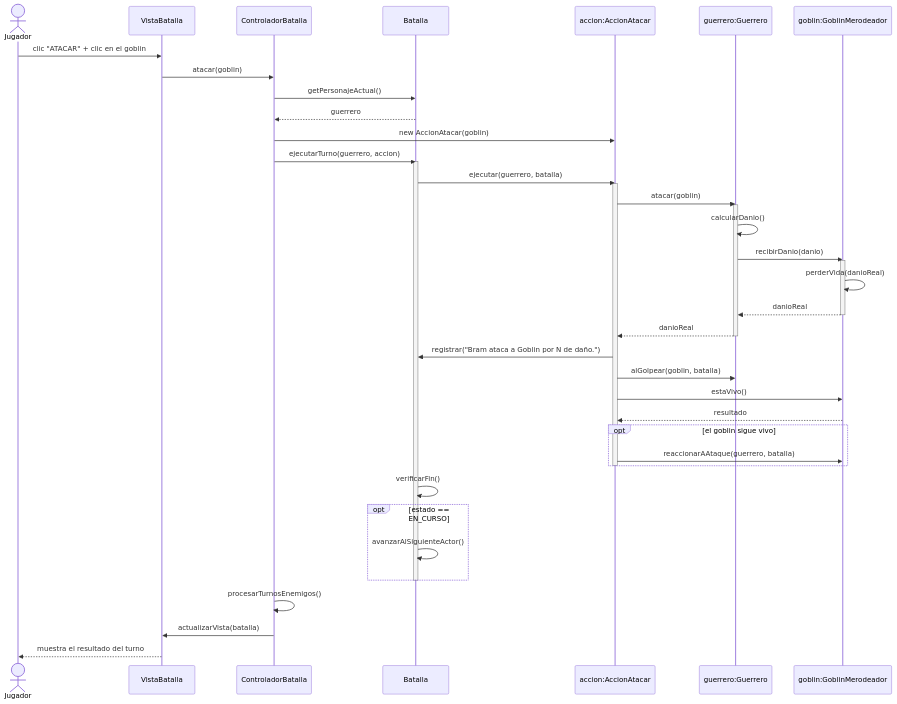
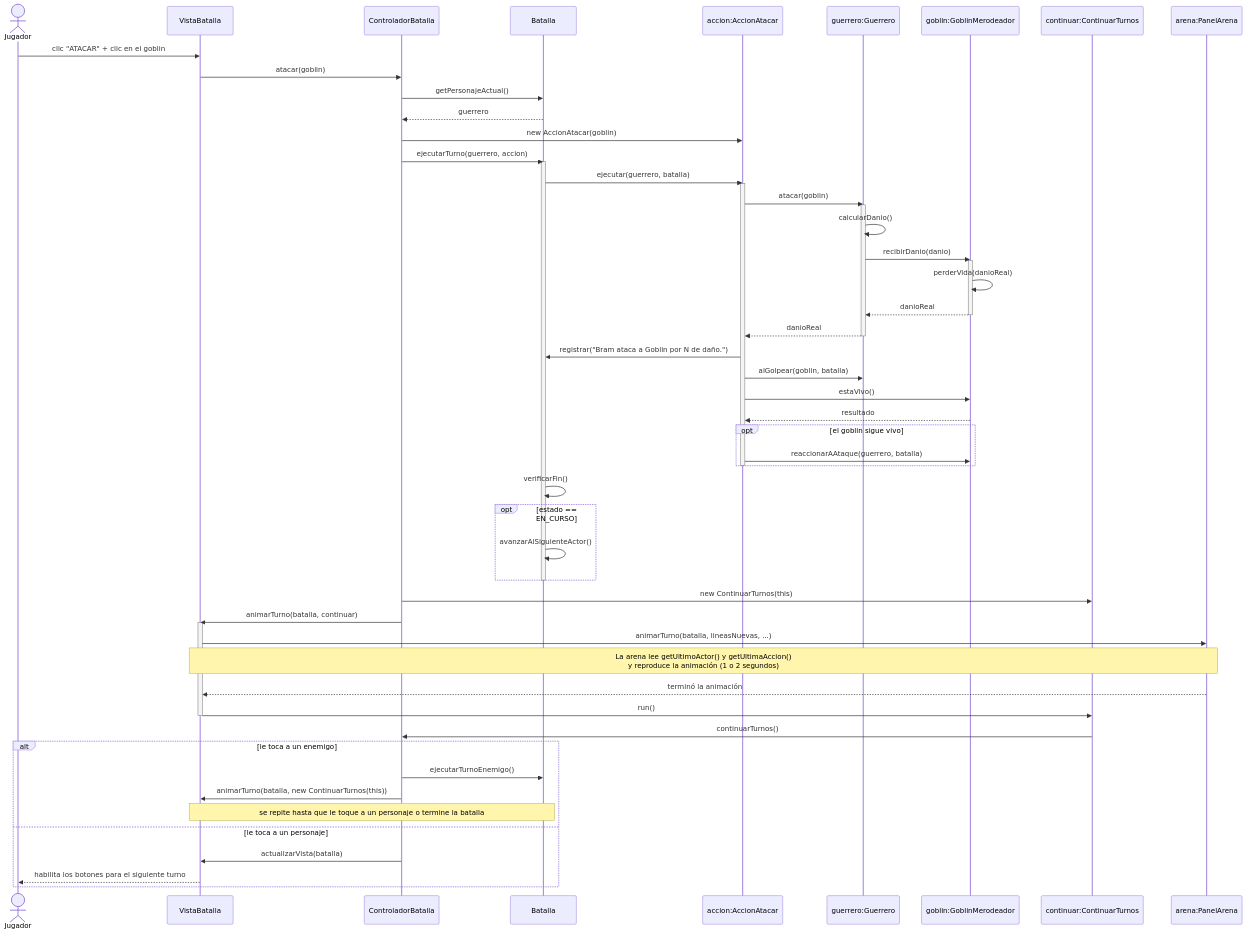
The diagram in AshbornRise/diagramas/secuencia1_ataque.mmd (guidoalongi/ashbornRise), drawn with Mermaid before and after one commit. The commit also changed 25 other files, not shown here.

First line of the commit message:
Interfaces entre controladores y vista, Comparator para el orden de turnos y diagramas actualizados

```diff
--- a/AshbornRise/diagramas/secuencia1_ataque.mmd
+++ b/AshbornRise/diagramas/secuencia1_ataque.mmd
@@ -1,44 +1,60 @@
 sequenceDiagram
     actor Jugador
     participant VB as VistaBatalla
     participant CB as ControladorBatalla
     participant B as Batalla
     participant AA as accion:AccionAtacar
     participant G as guerrero:Guerrero
     participant GO as goblin:GoblinMerodeador
+    participant CT as continuar:ContinuarTurnos
+    participant PA as arena:PanelArena
 
     Jugador->>VB: clic "ATACAR" + clic en el goblin
     VB->>CB: atacar(goblin)
     CB->>B: getPersonajeActual()
     B-->>CB: guerrero
     CB->>AA: new AccionAtacar(goblin)
     CB->>B: ejecutarTurno(guerrero, accion)
     activate B
     B->>AA: ejecutar(guerrero, batalla)
     activate AA
     AA->>G: atacar(goblin)
     activate G
     G->>G: calcularDanio()
     G->>GO: recibirDanio(danio)
     activate GO
     GO->>GO: perderVida(danioReal)
     GO-->>G: danioReal
     deactivate GO
     G-->>AA: danioReal
     deactivate G
     AA->>B: registrar("Bram ataca a Goblin por N de daño.")
     AA->>G: alGolpear(goblin, batalla)
     AA->>GO: estaVivo()
     GO-->>AA: resultado
     opt el goblin sigue vivo
         AA->>GO: reaccionarAAtaque(guerrero, batalla)
     end
     deactivate AA
     B->>B: verificarFin()
     opt estado == EN_CURSO
         B->>B: avanzarAlSiguienteActor()
     end
     deactivate B
-    CB->>CB: procesarTurnosEnemigos()
-    CB->>VB: actualizarVista(batalla)
-    VB-->>Jugador: muestra el resultado del turno
+    CB->>CT: new ContinuarTurnos(this)
+    CB->>VB: animarTurno(batalla, continuar)
+    activate VB
+    VB->>PA: animarTurno(batalla, lineasNuevas, ...)
+    Note over VB,PA: La arena lee getUltimoActor() y getUltimaAccion()<br/>y reproduce la animación (1 o 2 segundos)
+    PA-->>VB: terminó la animación
+    VB->>CT: run()
+    deactivate VB
+    CT->>CB: continuarTurnos()
+    alt le toca a un enemigo
+        CB->>B: ejecutarTurnoEnemigo()
+        CB->>VB: animarTurno(batalla, new ContinuarTurnos(this))
+        Note over VB,B: se repite hasta que le toque a un personaje o termine la batalla
+    else le toca a un personaje
+        CB->>VB: actualizarVista(batalla)
+        VB-->>Jugador: habilita los botones para el siguiente turno
+    end
```
